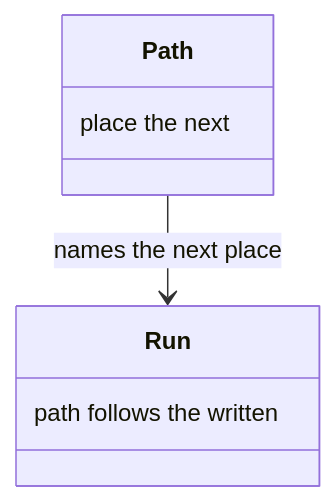
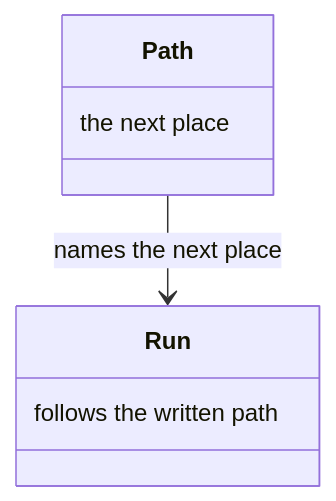
The sixth of 20 diagrams in docs/architecture.md (m2ux/workflow-server), drawn with Mermaid before and after one commit. The commit also changed other lines of this file and 10 other files, not shown here.

Commit message:
Write each class-box note in reading order so the diagram shows the phrase as written.

````diff
--- a/docs/architecture.md
+++ b/docs/architecture.md
@@ -85,10 +85,10 @@
 ```mermaid
 classDiagram
   class Run {
-    path follows the written
+    follows the written path
   }
   class Path {
-    place the next
+    the next place
   }
   Path --> Run : names the next place
 ```
````
